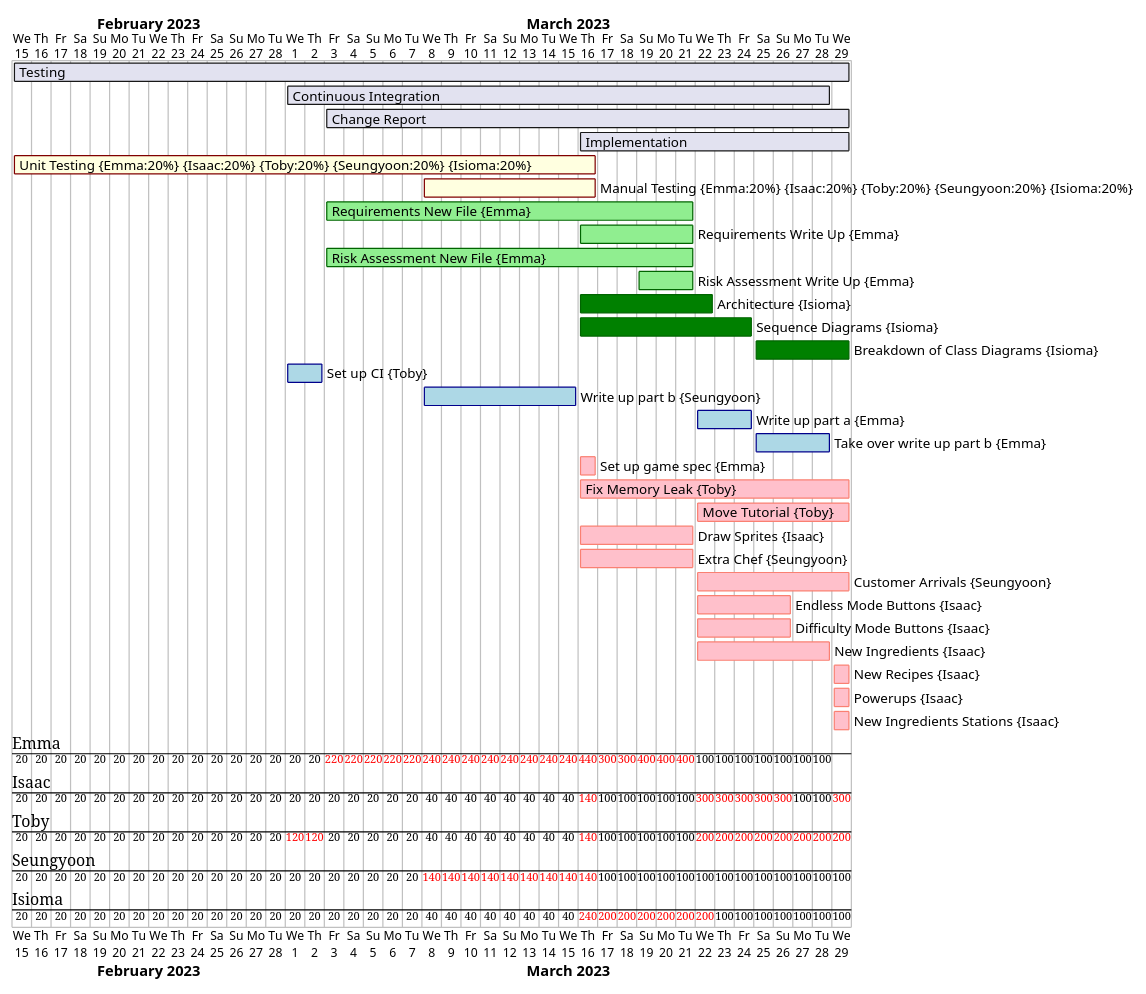
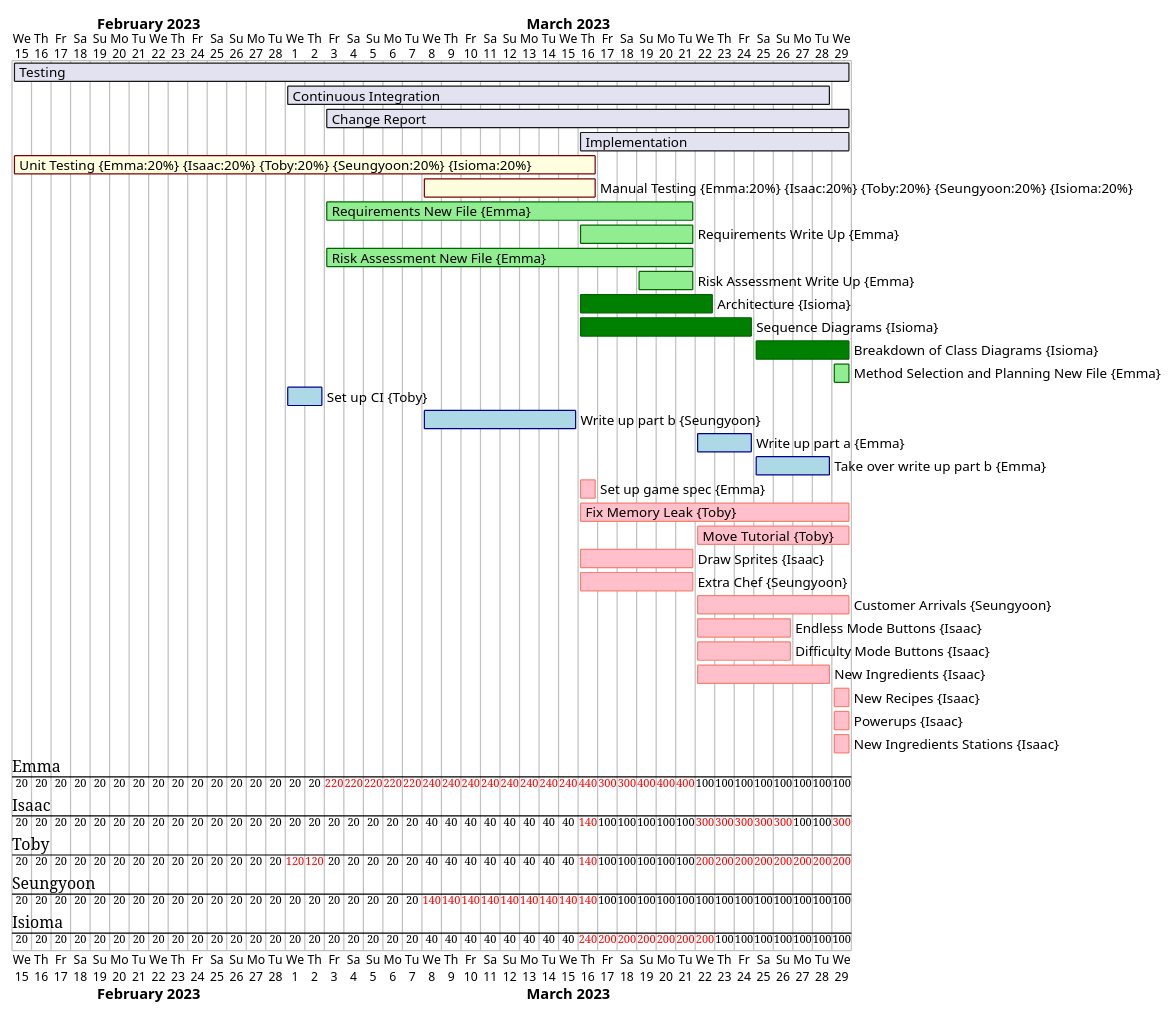
Before and after one commit to AsimovENG1/project_eng1_team3: the diagram in gantts/Week6.puml, drawn with PlantUML.

Commit message:
Missing update

```diff
--- a/gantts/Week6.puml
+++ b/gantts/Week6.puml
@@ -1,42 +1,43 @@
 @startgantt
 
 Project starts 2023-02-15
 
 [Testing] starts 2023-02-15
 [Testing] lasts 43 days
 [Continuous Integration] starts 2023-03-01
 [Continuous Integration] lasts 28 days
 [Change Report] starts 2023-03-03
 [Change Report] lasts 27 days
 [Implementation] starts 2023-03-16
 [Implementation] lasts 14 days
 
 [Unit Testing] on {Emma:20%} {Isaac:20%} {Toby:20%} {Seungyoon:20%} {Isioma:20%} starts 2023-02-15 and ends 2023-03-16 and is colored in LightYellow/Maroon
 [Manual Testing] on {Emma:20%} {Isaac:20%} {Toby:20%} {Seungyoon:20%} {Isioma:20%} starts 2023-03-08 and ends 2023-03-16 and is colored in LightYellow/Maroon
 
 [Requirements New File] on {Emma:100%} starts 2023-03-03 and ends 2023-03-21 and is colored in LightGreen/DarkGreen
 [Requirements Write Up] on {Emma:100%} starts 2023-03-16 and ends 2023-03-21 and is colored in LightGreen/DarkGreen
 [Risk Assessment New File] on {Emma:100%} starts 2023-03-03 and ends 2023-03-21 and is colored in LightGreen/DarkGreen
 [Risk Assessment Write Up] on {Emma:100%} starts 2023-03-19 and ends 2023-03-21 and is colored in LightGreen/DarkGreen
 [Architecture] on {Isioma:100%} starts 2023-03-16 and ends 2023-03-22 and is colored in Green/DarkGreen
 [Sequence Diagrams] on {Isioma:100%} starts 2023-03-16 and ends 2023-03-24 and is colored in Green/DarkGreen
 [Breakdown of Class Diagrams] on {Isioma:100%} starts 2023-03-25 and ends 2023-03-29 and is colored in Green/DarkGreen
+[Method Selection and Planning New File] on {Emma:100%} starts 2023-03-29 and ends 2023-03-29 and is colored in LightGreen/DarkGreen
 
 [Set up CI] on {Toby:100%} starts 2023-03-01 and ends 2023-03-02 and is colored in LightBlue/DarkBlue
 [Write up part b] on {Seungyoon:100%} starts 2023-03-08 and ends 2023-03-15 and is colored in LightBlue/DarkBlue
 [Write up part a] on {Emma:100%} starts 2023-03-22 and ends 2023-03-24 and is colored in LightBlue/DarkBlue
 [Take over write up part b] on {Emma:100%} starts 2023-03-25 and ends 2023-03-28 and is colored in LightBlue/DarkBlue
 
 [Set up game spec] on {Emma:100%} starts 2023-03-16 and ends 2023-03-16 and is colored in Pink/Salmon
 [Fix Memory Leak] on {Toby:100%} starts 2023-03-16 and ends 2023-03-29 and is colored in Pink/Salmon
 [Move Tutorial] on {Toby:100%} starts 2023-03-22 and ends 2023-03-29 and is colored in Pink/Salmon
 [Draw Sprites] on {Isaac:100%} starts 2023-03-16 and ends 2023-03-21 and is colored in Pink/Salmon
 [Extra Chef] on {Seungyoon:100%} starts 2023-03-16 and ends 2023-03-21 and is colored in Pink/Salmon
 [Customer Arrivals] on {Seungyoon:100%} starts 2023-03-22 and ends 2023-03-29 and is colored in Pink/Salmon
 [Endless Mode Buttons] on {Isaac:100%} starts 2023-03-22 and ends 2023-03-26 and is colored in Pink/Salmon
 [Difficulty Mode Buttons] on {Isaac:100%} starts 2023-03-22 and ends 2023-03-26 and is colored in Pink/Salmon
 [New Ingredients] on {Isaac:100%} starts 2023-03-22 and ends 2023-03-28 and is colored in Pink/Salmon
 [New Recipes] on {Isaac:100%} starts 2023-03-29 and ends 2023-03-29 and is colored in Pink/Salmon
 [Powerups] on {Isaac:100%} starts 2023-03-29 and ends 2023-03-29 and is colored in Pink/Salmon
 [New Ingredients Stations] on {Isaac:100%} starts 2023-03-29 and ends 2023-03-29 and is colored in Pink/Salmon
 @endgantt
```
